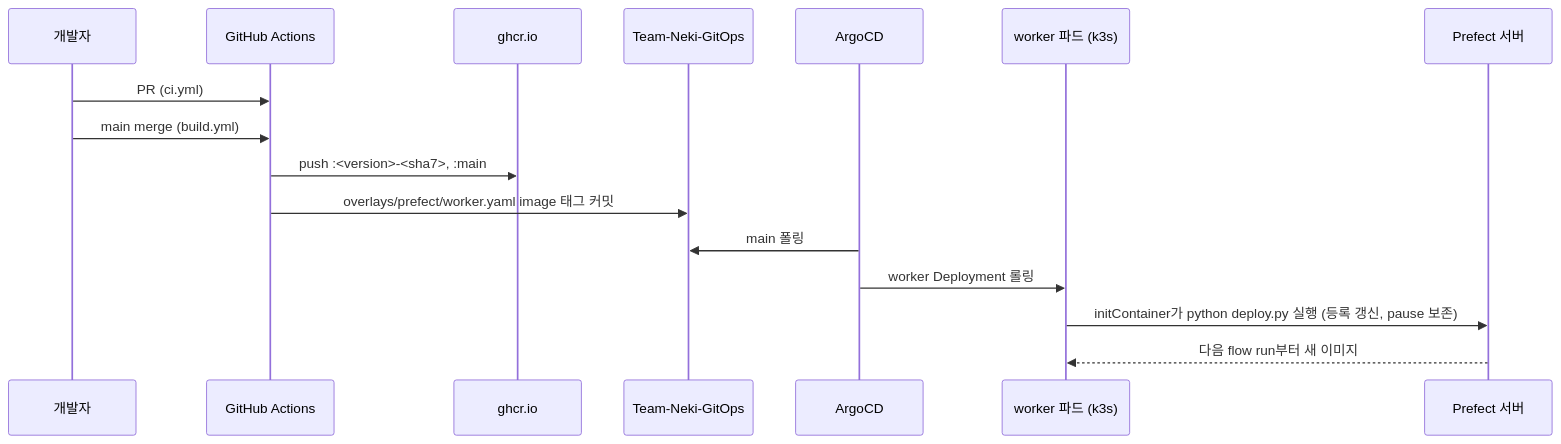
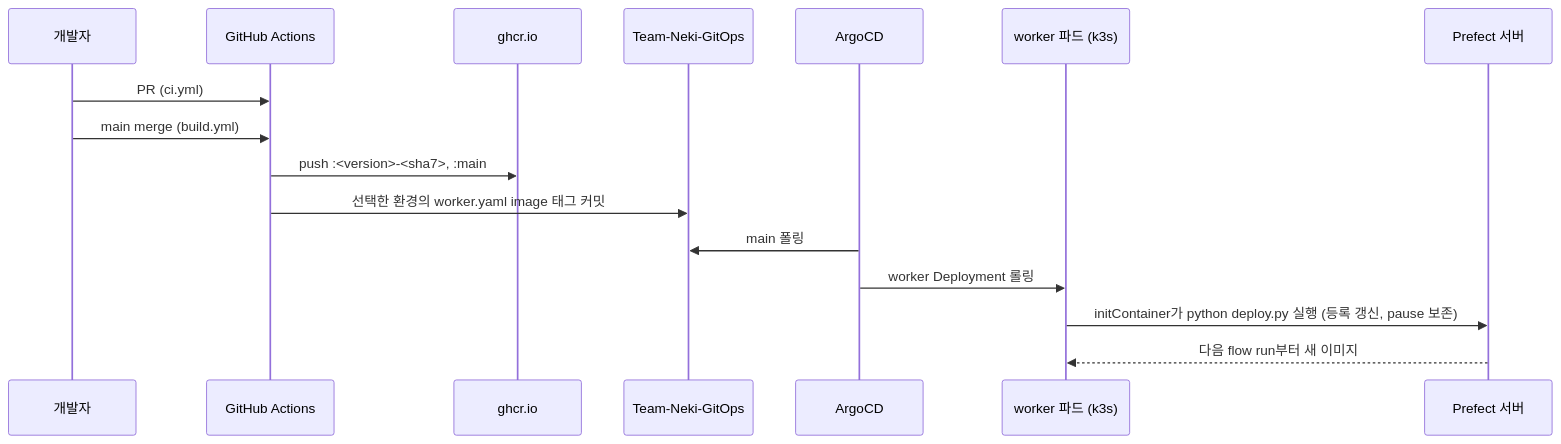
Before and after one commit to Team-Neki/Team-Neki-Workflow: the diagram in docs/runbook.md, drawn with Mermaid. The commit also changed other lines of this file and 8 other files, not shown here.

````diff
--- a/docs/runbook.md
+++ b/docs/runbook.md
@@ -12,19 +12,19 @@
 ```mermaid
 sequenceDiagram
     participant Dev as 개발자
     participant GH as GitHub Actions
     participant GHCR as ghcr.io
     participant GitOps as Team-Neki-GitOps
     participant Argo as ArgoCD
     participant Worker as worker 파드 (k3s)
     participant API as Prefect 서버
 
     Dev->>GH: PR (ci.yml)
     Dev->>GH: main merge (build.yml)
     GH->>GHCR: push :<version>-<sha7>, :main
-    GH->>GitOps: overlays/prefect/worker.yaml image 태그 커밋
+    GH->>GitOps: 선택한 환경의 worker.yaml image 태그 커밋
     Argo->>GitOps: main 폴링
     Argo->>Worker: worker Deployment 롤링
     Worker->>API: initContainer가 python deploy.py 실행 (등록 갱신, pause 보존)
     API-->>Worker: 다음 flow run부터 새 이미지
 ```
````
